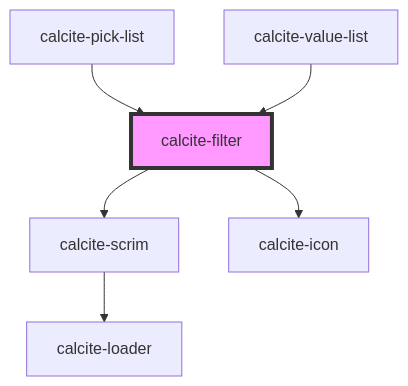
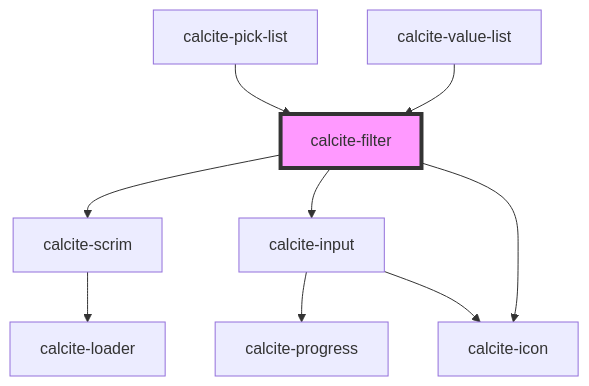
Before and after one commit to vikivakarvc/calcite-design-system: the diagram in src/components/calcite-filter/readme.md, drawn with Mermaid. The commit also changed other lines of this file and 11 other files, not shown here.

````diff
--- a/src/components/calcite-filter/readme.md
+++ b/src/components/calcite-filter/readme.md
@@ -45,9 +46,12 @@
 ```mermaid
 graph TD;
   calcite-filter --> calcite-scrim
+  calcite-filter --> calcite-input
   calcite-filter --> calcite-icon
   calcite-scrim --> calcite-loader
+  calcite-input --> calcite-progress
+  calcite-input --> calcite-icon
   calcite-pick-list --> calcite-filter
   calcite-value-list --> calcite-filter
   style calcite-filter fill:#f9f,stroke:#333,stroke-width:4px
 ```
````
